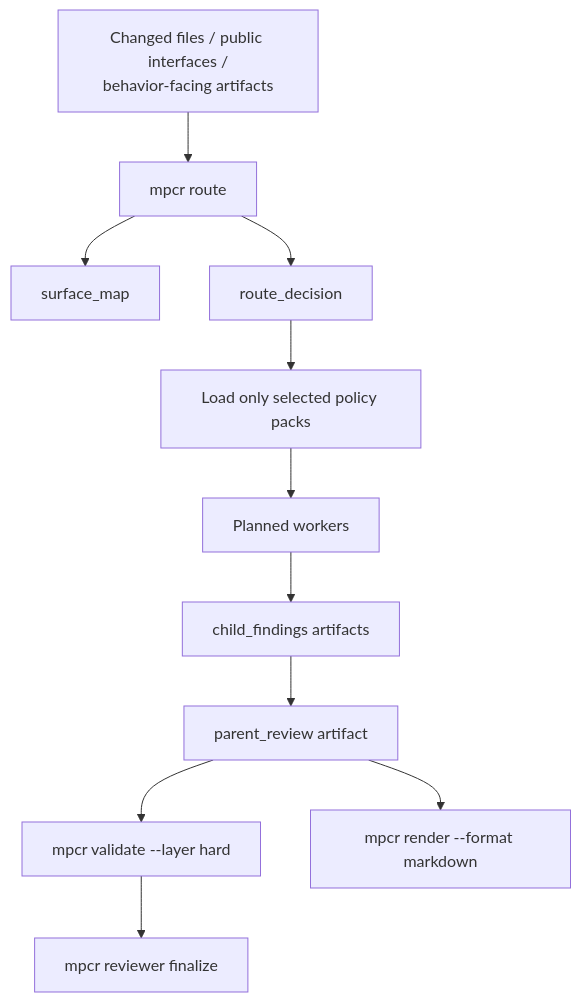
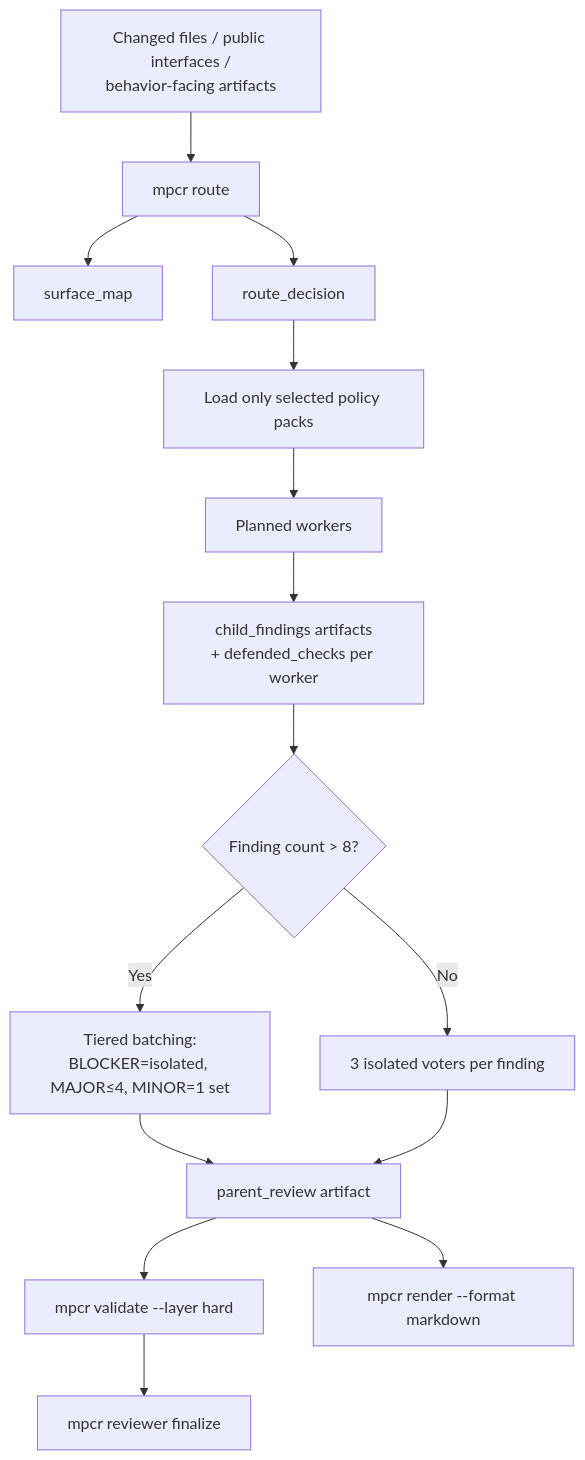
The first of 2 diagrams in skills/code-review/context/02-reviewer-flow.md (DevGuyRash/agent-tooling), drawn with Mermaid before and after one commit. The commit also changed other lines of this file and 21 other files, not shown here.

````diff
--- a/skills/code-review/context/02-reviewer-flow.md
+++ b/skills/code-review/context/02-reviewer-flow.md
@@ -5,13 +5,17 @@
 ```mermaid
 flowchart TD
     A[Changed files / public interfaces /\nbehavior-facing artifacts] --> B[mpcr route]
     B --> C[surface_map]
     B --> D[route_decision]
     D --> E[Load only selected policy packs]
     E --> F[Planned workers]
-    F --> G[child_findings artifacts]
-    G --> H[parent_review artifact]
-    H --> I[mpcr validate --layer hard]
-    I --> J[mpcr reviewer finalize]
-    H --> K[mpcr render --format markdown]
+    F --> G[child_findings artifacts\n+ defended_checks per worker]
+    G --> H{Finding count > 8?}
+    H -- Yes --> H1[Tiered batching:\nBLOCKER=isolated, MAJOR≤4, MINOR=1 set]
+    H -- No --> H2[3 isolated voters per finding]
+    H1 --> I[parent_review artifact]
+    H2 --> I
+    I --> J[mpcr validate --layer hard]
+    J --> K[mpcr reviewer finalize]
+    I --> L[mpcr render --format markdown]
 ```
````
